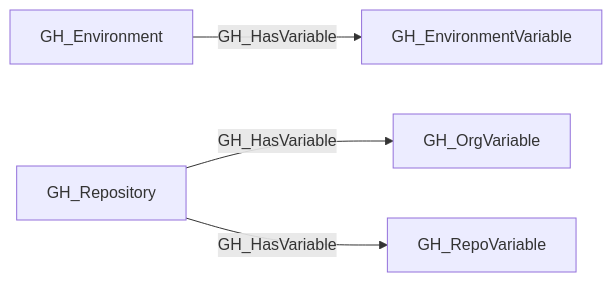
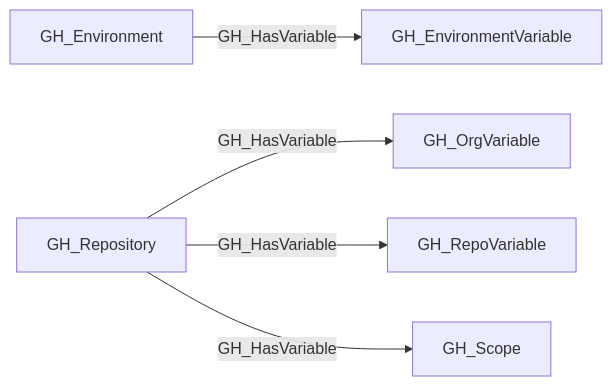
The diagram in descriptions/edges/GH_HasVariable.md (SpecterOps/openhound-github), drawn with Mermaid before and after one commit. The commit also changed other lines of this file and 44 other files, not shown here.

````diff
--- a/descriptions/edges/GH_HasVariable.md
+++ b/descriptions/edges/GH_HasVariable.md
@@ -17,11 +18,13 @@
 ```mermaid
 graph LR
     n0["GH_Environment"]
     n1["GH_EnvironmentVariable"]
     n2["GH_Repository"]
     n3["GH_OrgVariable"]
     n4["GH_RepoVariable"]
+    n5["GH_Scope"]
     n0 -->|GH_HasVariable| n1
     n2 -->|GH_HasVariable| n3
     n2 -->|GH_HasVariable| n4
+    n2 -->|GH_HasVariable| n5
 ```
````
